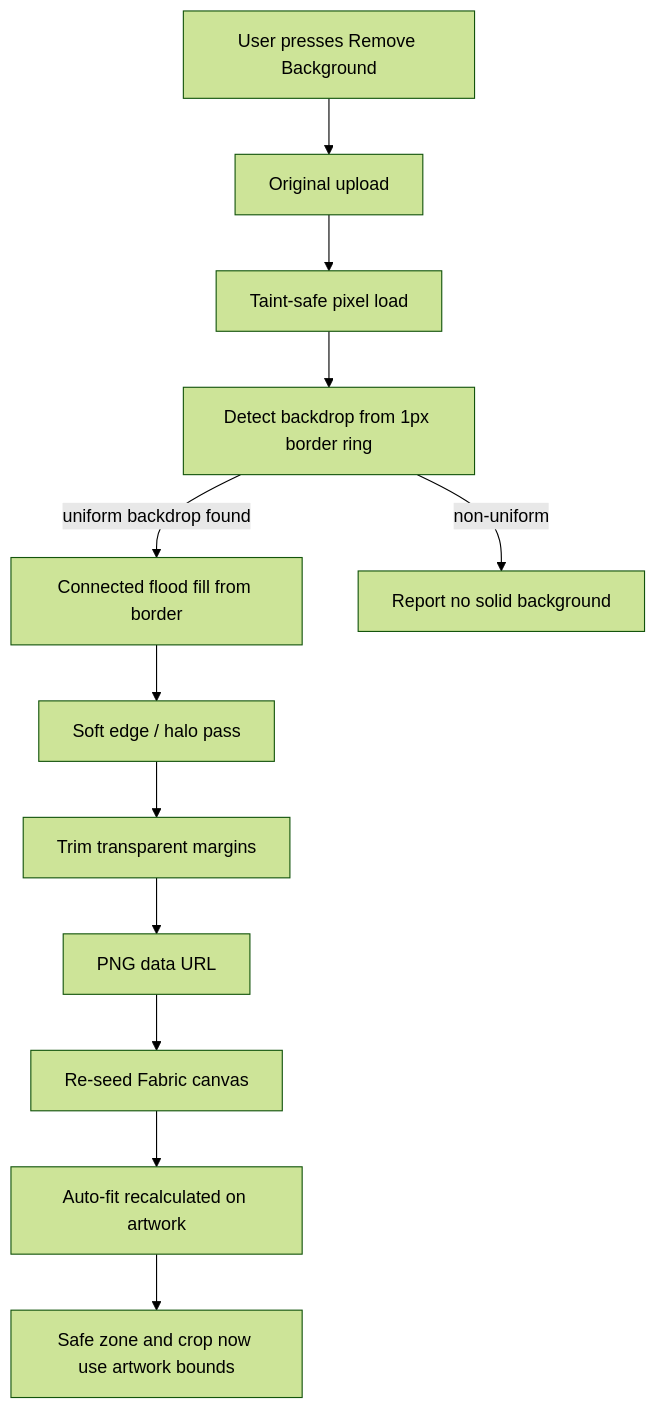
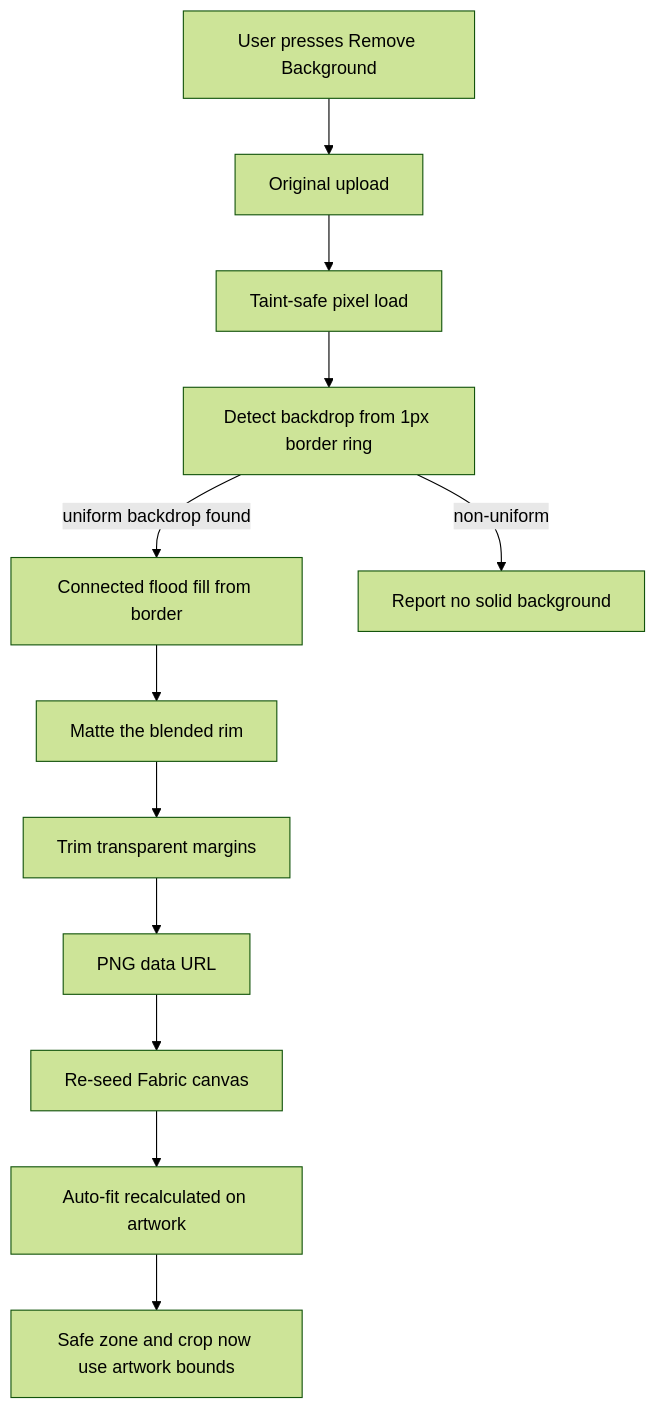
Before and after one commit to danplantel/plantelligence-mvp: the first of 2 diagrams in plans/logo-background-removal.md, drawn with Mermaid (forest theme). The commit also changed other lines of this file and 10 other files, not shown here.

````diff
--- a/plans/logo-background-removal.md
+++ b/plans/logo-background-removal.md
@@ -37,14 +50,14 @@
 ```mermaid
 flowchart TD
     Z[User presses Remove Background] --> A[Original upload]
     A --> B[Taint-safe pixel load]
     B --> C[Detect backdrop from 1px border ring]
     C -->|uniform backdrop found| D[Connected flood fill from border]
     C -->|non-uniform| E[Report no solid background]
-    D --> F[Soft edge / halo pass]
+    D --> F[Matte the blended rim]
     F --> G[Trim transparent margins]
     G --> H[PNG data URL]
     H --> I[Re-seed Fabric canvas]
     I --> J[Auto-fit recalculated on artwork]
     J --> K[Safe zone and crop now use artwork bounds]
 ```
````
